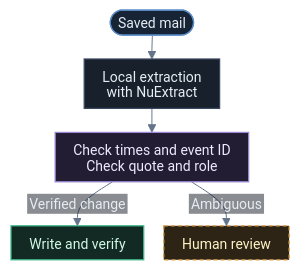
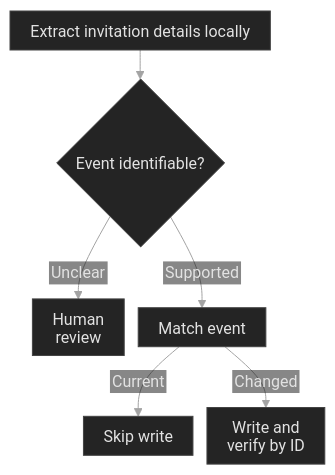
The diagram in diagrams/email-compact.mmd (kazuall/finance-process-portfolio), drawn with Mermaid before and after one commit. The commit also changed 20 other files, not shown here.

```diff
--- a/diagrams/email-compact.mmd
+++ b/diagrams/email-compact.mmd
@@ -1,35 +1,34 @@
 ---
 config:
   theme: base
   htmlLabels: false
   themeVariables:
     darkMode: true
-    background: transparent
+    background: '#101010'
     fontFamily: 'Inter, -apple-system, BlinkMacSystemFont, Segoe UI, sans-serif'
-    fontSize: '14px'
-    primaryTextColor: '#e6edf3'
-    lineColor: '#64748b'
-    textColor: '#e6edf3'
-    edgeLabelBackground: '#141a24'
-    clusterBkg: '#141a24'
-    clusterBorder: '#303d52'
+    fontSize: '16px'
+    primaryColor: '#242424'
+    primaryTextColor: '#e2e2e2'
+    primaryBorderColor: '#434343'
+    lineColor: '#a3a3a3'
+    edgeLabelBackground: '#101010'
+    textColor: '#cdcdcd'
   flowchart:
     htmlLabels: false
     useMaxWidth: false
-    nodeSpacing: 20
-    rankSpacing: 24
-    padding: 9
-    diagramPadding: 10
+    nodeSpacing: 14
+    rankSpacing: 29
+    wrappingWidth: 245
+    padding: 10
+    diagramPadding: 5
     curve: basis
-  themeCSS: 'text{font-family: Inter, "Segoe UI", Arial, sans-serif;}.node rect.label-container{rx:8px;ry:8px}.cluster rect{rx:8px;ry:8px}.edgeLabel .labelBkg{fill:#141a24 !important}.edgeLabel text{fill:#c5d2e4 !important}.cluster-label text{fill:#c5d2e4 !important;font-weight:600}'
+  themeCSS: 'text,tspan{font-family:system-ui,sans-serif!important}.node rect.label-container{rx:3px;ry:3px}.node rect,.node polygon,.flowchart-link{stroke-width:1px!important}.edgeLabel .labelBkg{fill:#101010!important;opacity:1!important}.edgeLabel text{fill:#c4c4c4!important}'
 ---
 flowchart TB
-  mail(["Saved mail"]):::source --> extract["Local extraction<br/>with NuExtract"]:::process
-  extract --> verify["Check times and event ID<br/>Check quote and role"]:::check
-  verify -->|Verified change| write["Write and verify"]:::output
-  verify -->|Ambiguous| review["Human review"]:::human
-  classDef source fill:#162436,stroke:#5b8ec9,color:#e6edf3,stroke-width:1.25px
-  classDef process fill:#18202c,stroke:#3b4960,color:#e6edf3,stroke-width:1.25px
-  classDef check fill:#231d33,stroke:#9b87d4,color:#ede9fe,stroke-width:1.25px
-  classDef human fill:#2e2415,stroke:#d99b43,color:#fef3c7,stroke-width:1.25px,stroke-dasharray:4 3
-  classDef output fill:#132a24,stroke:#3fb98b,color:#d1fae5,stroke-width:1.25px
+  accTitle: Calendar updates
+  accDescr: Local extraction proposes a calendar change. Ambiguous evidence goes to human review. A supported invitation is matched to the calendar, where current events are skipped and changes are written and read back by ID.
+  mail["Extract invitation details locally"] --> proof{"Event identifiable?"}
+  proof -->|Unclear| review["Human<br/>review"]
+  proof -->|Supported| match["Match event"]
+  match -->|Current| noop["Skip write"]
+  match -->|Changed| write["Write and<br/>verify by ID"]
```
